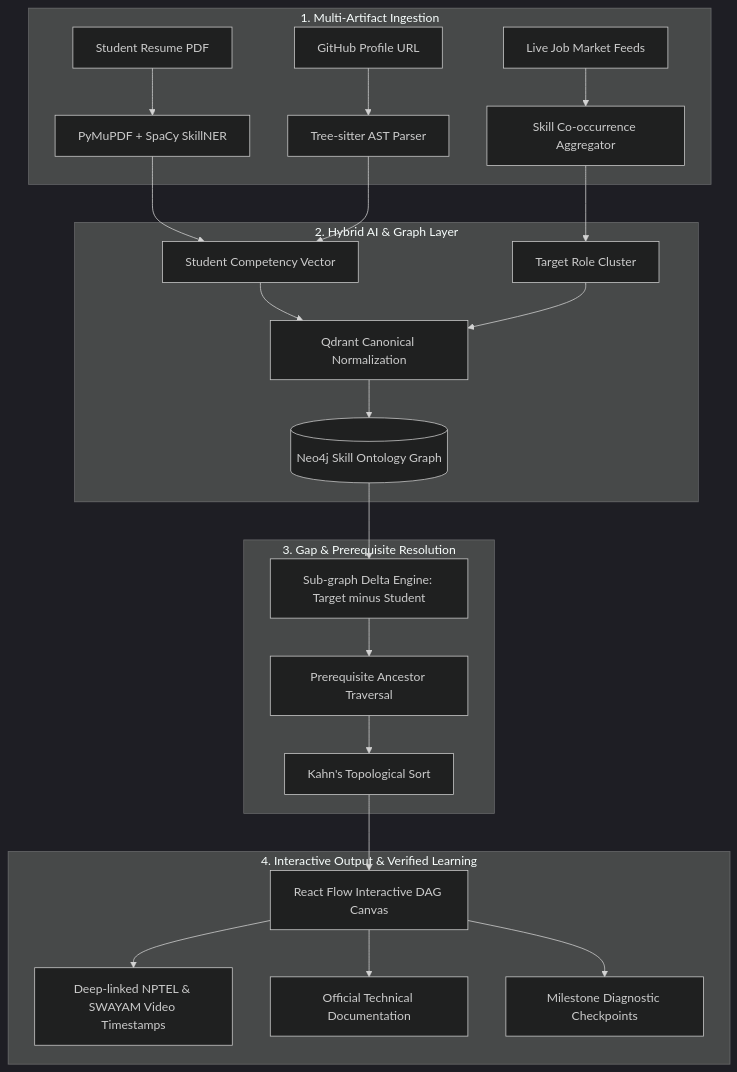
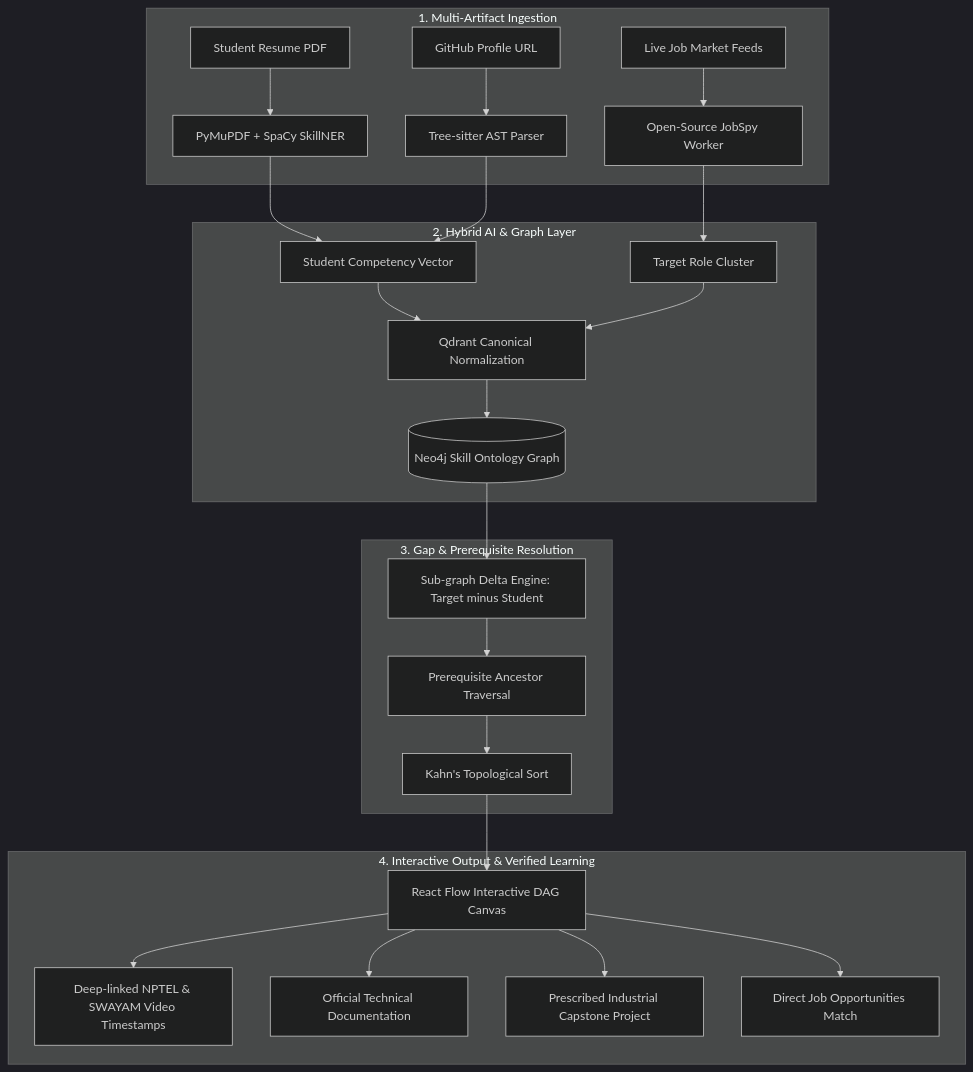
One commit to siva2526k-art/careerlattice-ai changed the diagram in README.md. Above: the diagram before and after it, drawn with Mermaid (dark theme). The commit also changed other lines of this file and 2 other files, not shown here.

Commit message:
docs: add physics-to-robotics capstone spec, 12-slide pitch deck, and update README with live demo link

````diff
--- a/README.md
+++ b/README.md
@@ -39,30 +61,31 @@
 ```mermaid
 flowchart TD
     subgraph INGESTION["1. Multi-Artifact Ingestion"]
         A1[Student Resume PDF] --> B1[PyMuPDF + SpaCy SkillNER]
         A2[GitHub Profile URL] --> B2[Tree-sitter AST Parser]
-        A3[Live Job Market Feeds] --> B3[Skill Co-occurrence Aggregator]
+        A3[Live Job Market Feeds] --> B3[Open-Source JobSpy Worker]
     end
 
     subgraph INTELLIGENCE["2. Hybrid AI & Graph Layer"]
         B1 --> C1[Student Competency Vector]
         B2 --> C1
         B3 --> C2[Target Role Cluster]
         C1 --> D1[Qdrant Canonical Normalization]
         C2 --> D1
         D1 --> E1[(Neo4j Skill Ontology Graph)]
     end
 
     subgraph ENGINE["3. Gap & Prerequisite Resolution"]
         E1 --> F1[Sub-graph Delta Engine: Target minus Student]
         F1 --> F2[Prerequisite Ancestor Traversal]
         F2 --> F3[Kahn's Topological Sort]
     end
 
     subgraph OUTPUT["4. Interactive Output & Verified Learning"]
         F3 --> G1[React Flow Interactive DAG Canvas]
         G1 --> H1[Deep-linked NPTEL & SWAYAM Video Timestamps]
         G1 --> H2[Official Technical Documentation]
-        G1 --> H3[Milestone Diagnostic Checkpoints]
+        G1 --> H3[Prescribed Industrial Capstone Project]
+        G1 --> H4[Direct Job Opportunities Match]
     end
 ```
````
